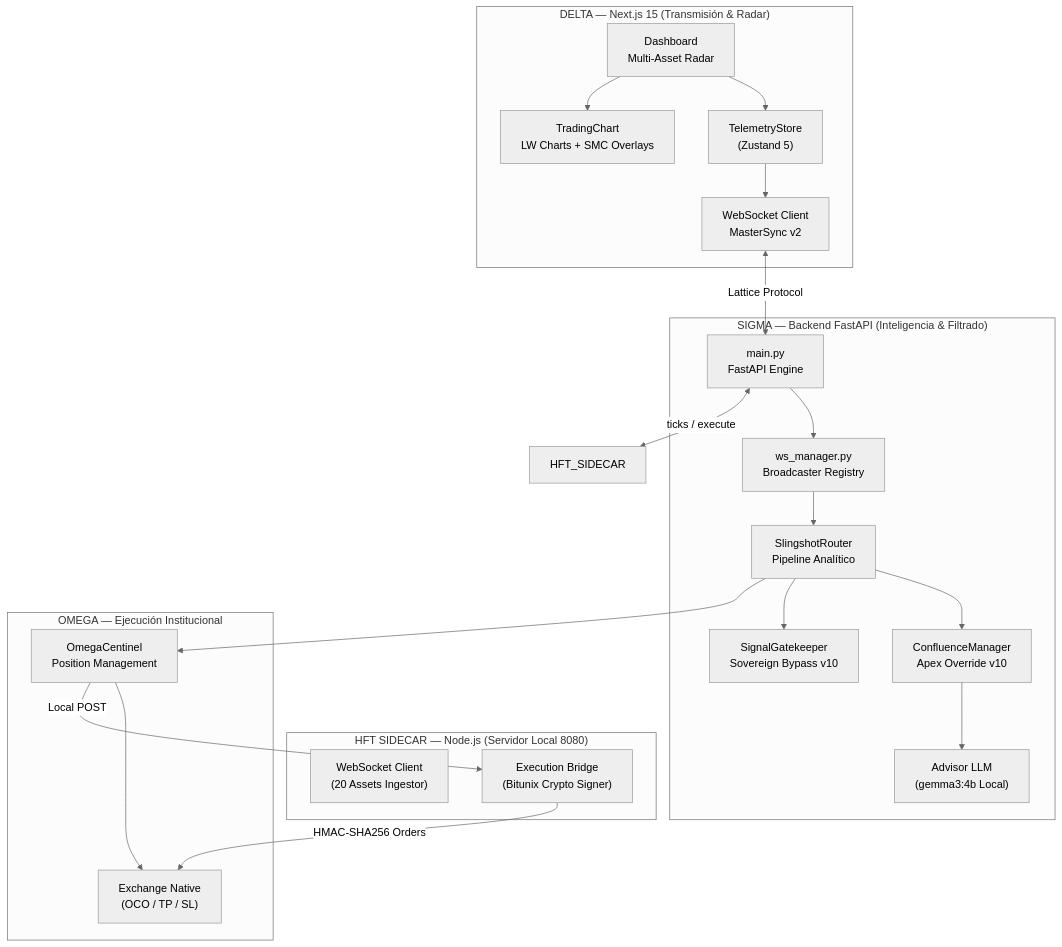
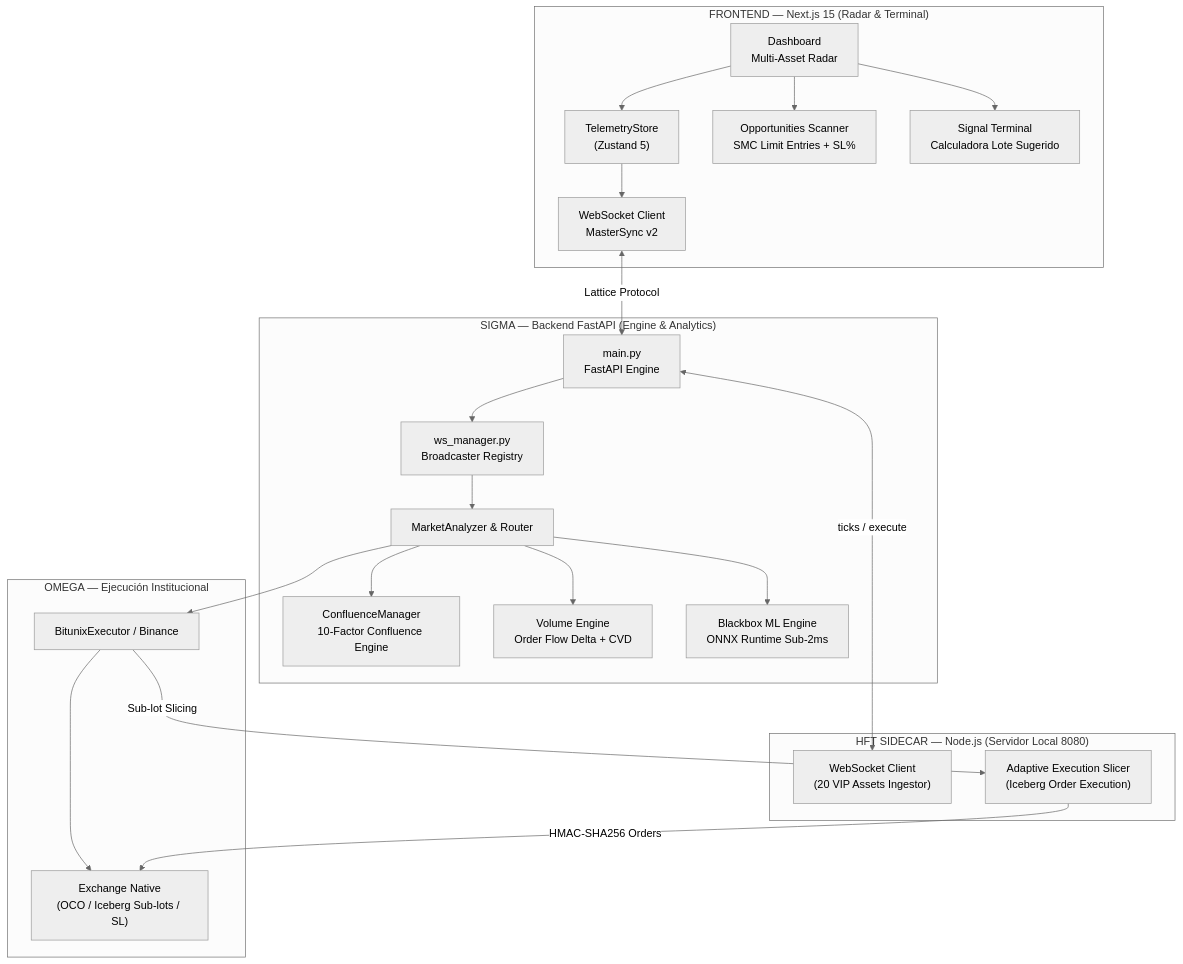
The diagram in README.md (matiquelmec/Slingshot), drawn with Mermaid (neutral theme) before and after one commit. The commit also changed other lines of this file, not shown here.

Commit message:
docs: update official README.md to v11.0 Apex Engine specifications, architecture, and features

````diff
--- a/README.md
+++ b/README.md
@@ -18,31 +21,32 @@
 ```mermaid
 graph TB
-    subgraph "DELTA — Next.js 15 (Transmisión & Radar)"
+    subgraph "FRONTEND — Next.js 15 (Radar & Terminal)"
         A["Dashboard<br/>Multi-Asset Radar"] --> B["TelemetryStore<br/>(Zustand 5)"]
         B --> C["WebSocket Client<br/>MasterSync v2"]
-        A --> D["TradingChart<br/>LW Charts + SMC Overlays"]
+        A --> D["Opportunities Scanner<br/>SMC Limit Entries + SL%"]
+        A --> E["Signal Terminal<br/>Calculadora Lote Sugerido"]
     end
 
-    subgraph "SIGMA — Backend FastAPI (Inteligencia & Filtrado)"
+    subgraph "SIGMA — Backend FastAPI (Engine & Analytics)"
         J["main.py<br/>FastAPI Engine"] --> K["ws_manager.py<br/>Broadcaster Registry"]
-        K --> L["SlingshotRouter<br/>Pipeline Analítico"]
-        L --> M["ConfluenceManager<br/>Apex Override v10"]
-        L --> N["SignalGatekeeper<br/>Sovereign Bypass v10"]
-        M --> S["Advisor LLM<br/>(gemma3:4b Local)"]
+        K --> L["MarketAnalyzer & Router"]
+        L --> M["ConfluenceManager<br/>10-Factor Confluence Engine"]
+        L --> N["Volume Engine<br/>Order Flow Delta + CVD"]
+        L --> O["Blackbox ML Engine<br/>ONNX Runtime Sub-2ms"]
     end
 
     subgraph "HFT SIDECAR — Node.js (Servidor Local 8080)"
-        NodeWS["WebSocket Client<br/>(20 Assets Ingestor)"]
-        NodeExec["Execution Bridge<br/>(Bitunix Crypto Signer)"]
+        NodeWS["WebSocket Client<br/>(20 VIP Assets Ingestor)"]
+        NodeExec["Adaptive Execution Slicer<br/>(Iceberg Order Execution)"]
     end
 
     subgraph "OMEGA — Ejecución Institucional"
-        T["OmegaCentinel<br/>Position Management"] --> BB["Exchange Native<br/>(OCO / TP / SL)"]
+        T["BitunixExecutor / Binance"] --> BB["Exchange Native<br/>(OCO / Iceberg Sub-lots / SL)"]
     end
 
     C <--> |"Lattice Protocol"| J
-    J <--> |"ticks / execute"| HFT_SIDECAR
+    J <--> |"ticks / execute"| NodeWS
     L --> T
-    T --> |"Local POST"| NodeExec
+    T --> |"Sub-lot Slicing"| NodeExec
     NodeExec --> |"HMAC-SHA256 Orders"| BB
 ```
````
